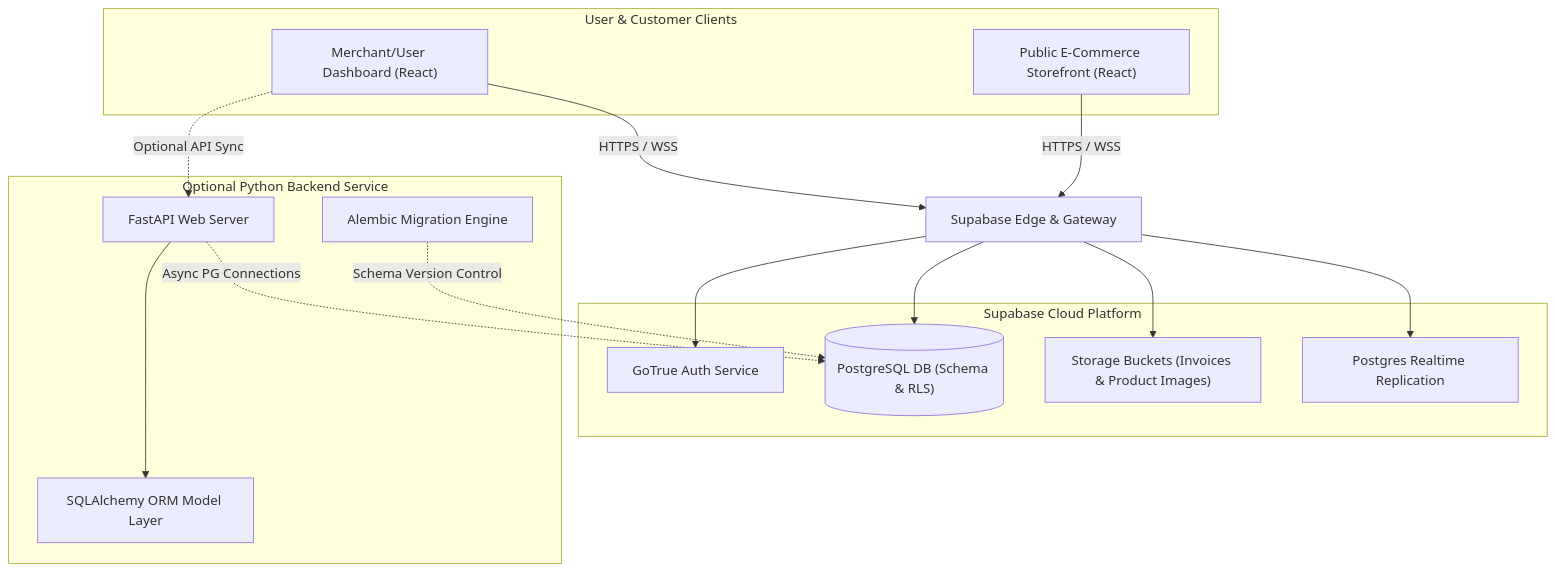
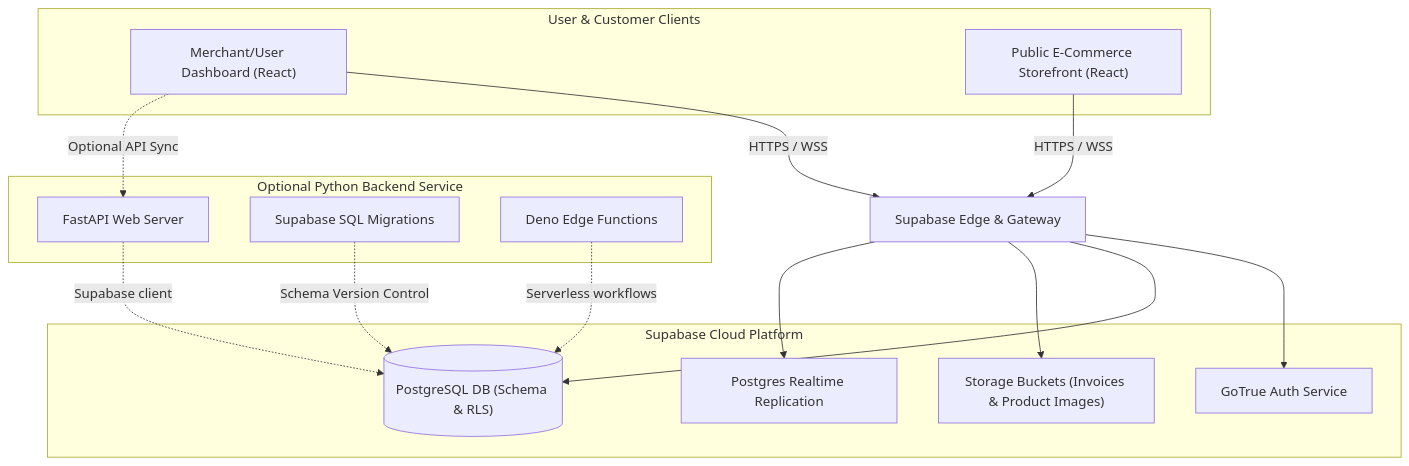
Before and after one commit to Ashirwad2004/finflow-tracker-00: the diagram in docs/product-overview.md, drawn with Mermaid. The commit also changed other lines of this file and 36 other files, not shown here.

````diff
--- a/docs/product-overview.md
+++ b/docs/product-overview.md
@@ -18,40 +18,40 @@
 ```mermaid
 graph TD
     %% Clients
     subgraph Clients["User & Customer Clients"]
         Dashboard["Merchant/User Dashboard (React)"]
         Storefront["Public E-Commerce Storefront (React)"]
     end
 
     %% Edge Router & Gateway
     SupabaseGateway["Supabase Edge & Gateway"]
 
     %% Database and Auth
     subgraph DatabaseEngine["Supabase Cloud Platform"]
         Auth["GoTrue Auth Service"]
         DB[("PostgreSQL DB (Schema & RLS)")]
         Storage["Storage Buckets (Invoices & Product Images)"]
         Realtime["Postgres Realtime Replication"]
     end
 
     %% Local Python Backend Services
     subgraph LocalServices["Optional Python Backend Service"]
         FastAPI["FastAPI Web Server"]
-        Alembic["Alembic Migration Engine"]
-        SQLA["SQLAlchemy ORM Model Layer"]
+        Migrations["Supabase SQL Migrations"]
+        Edge["Deno Edge Functions"]
     end
 
     %% Connections
     Dashboard -->|HTTPS / WSS| SupabaseGateway
     Storefront -->|HTTPS / WSS| SupabaseGateway
     
     SupabaseGateway --> Auth
     SupabaseGateway --> DB
     SupabaseGateway --> Storage
     SupabaseGateway --> Realtime
 
     Dashboard -.->|Optional API Sync| FastAPI
-    FastAPI -.->|Async PG Connections| DB
-    Alembic -.->|Schema Version Control| DB
-    FastAPI ---> SQLA
+    FastAPI -.->|Supabase client| DB
+    Migrations -.->|Schema Version Control| DB
+    Edge -.->|Serverless workflows| DB
 ```
````
